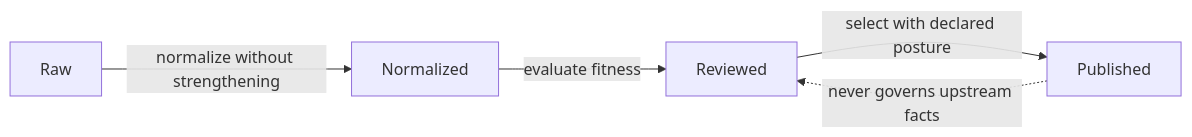
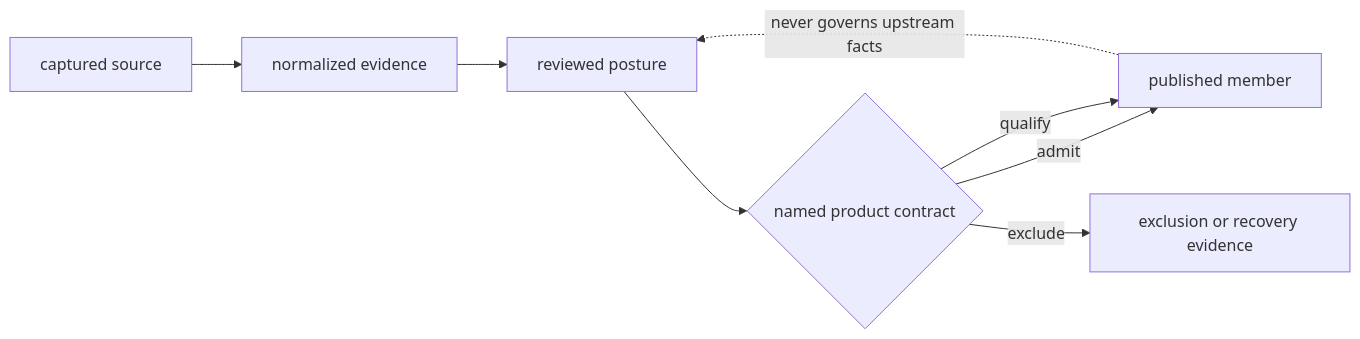
The first of 2 diagrams in docs/public/pollenomics-data/overview/data-architecture-handbook.md (bijux/bijux-pollenomics), drawn with Mermaid before and after one commit. The commit also changed other lines of this file and 2 other files, not shown here.

````diff
--- a/docs/public/pollenomics-data/overview/data-architecture-handbook.md
+++ b/docs/public/pollenomics-data/overview/data-architecture-handbook.md
@@ -25,7 +26,10 @@
 ```mermaid
 flowchart LR
-    Raw -->|normalize without strengthening| Normalized
-    Normalized -->|evaluate fitness| Reviewed
-    Reviewed -->|select with declared posture| Published
-    Published -. never governs upstream facts .-> Reviewed
+    Captured["captured source"] --> Normalized["normalized evidence"]
+    Normalized --> Reviewed["reviewed posture"]
+    Reviewed --> Decision{"named product contract"}
+    Decision -->|admit| Published["published member"]
+    Decision -->|qualify| Published
+    Decision -->|exclude| Negative["exclusion or recovery evidence"]
+    Published -. "never governs upstream facts" .-> Reviewed
 ```
````
